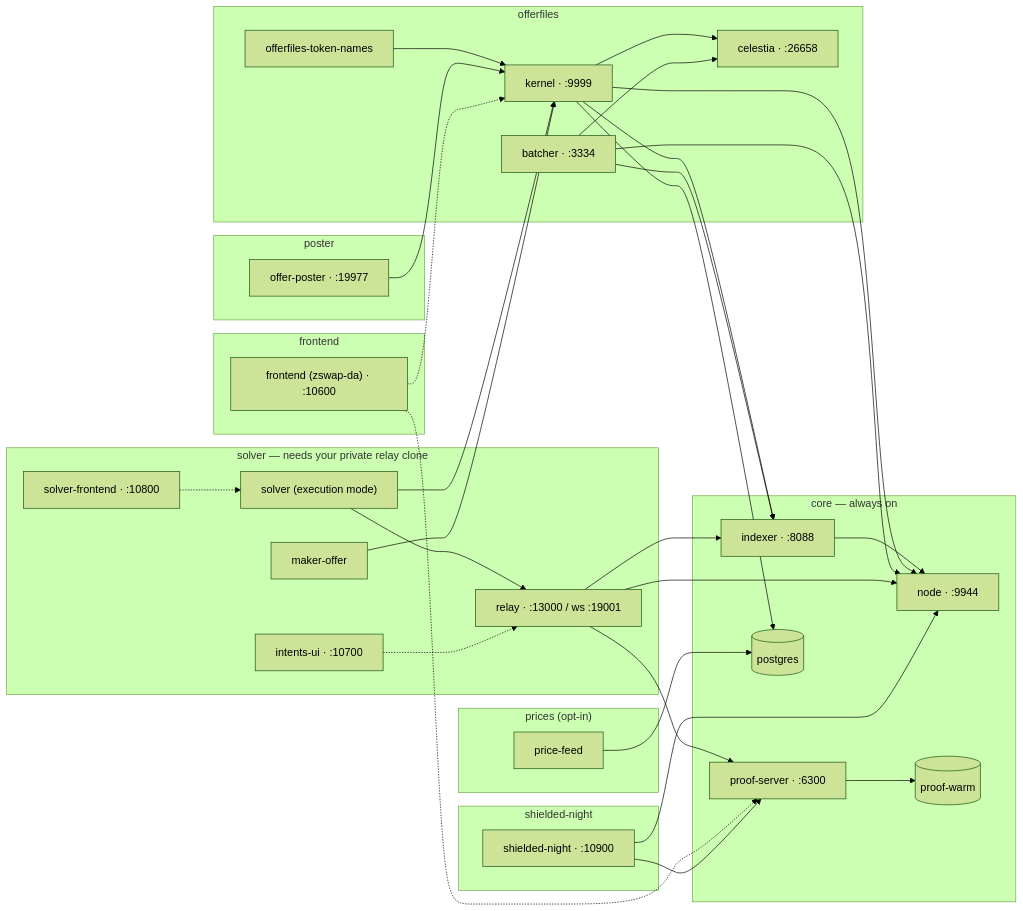
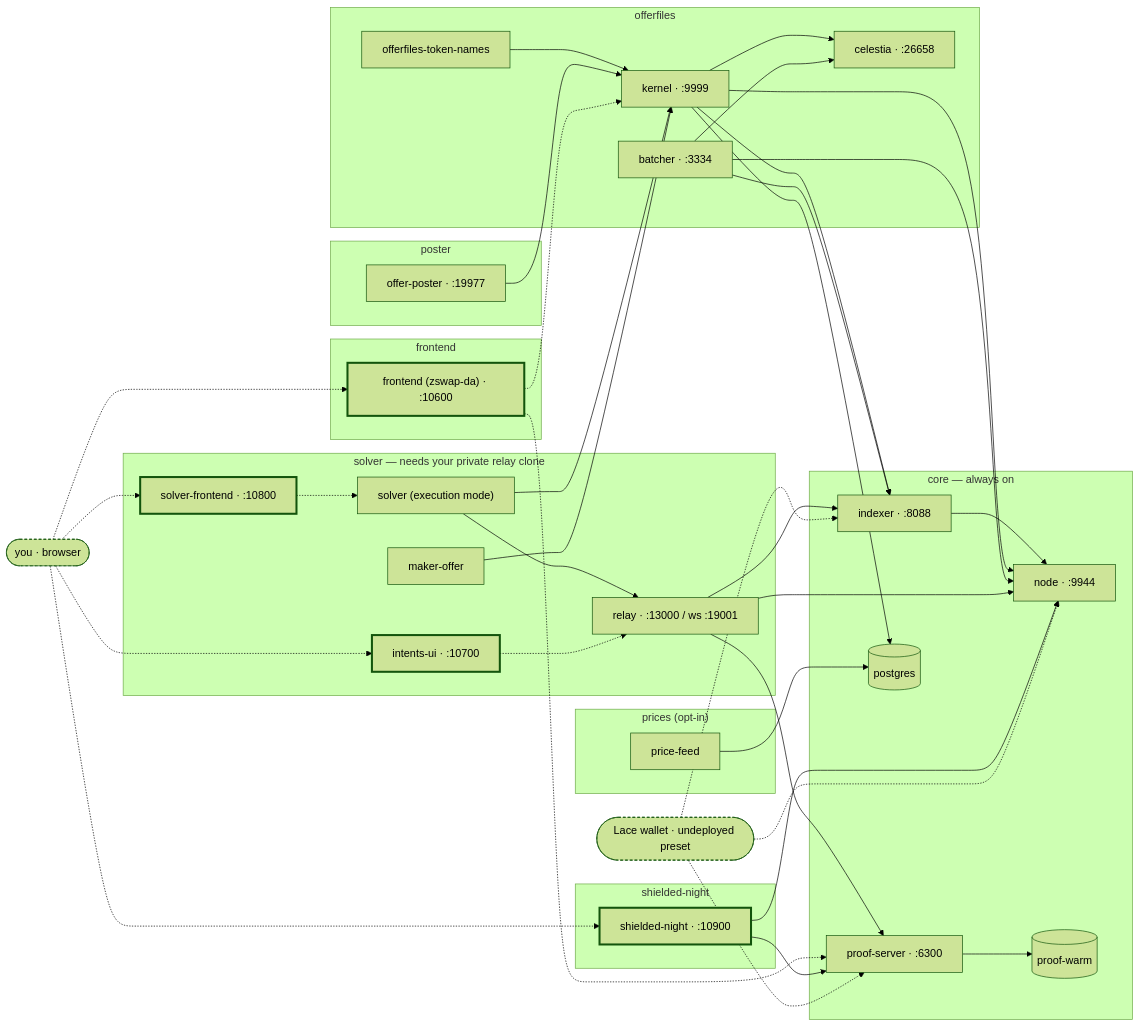
The diagram in README.md (acedward/midnight-1-offers), drawn with Mermaid (forest theme) before and after one commit. The commit also changed other lines of this file and 3 other files, not shown here.

````diff
--- a/README.md
+++ b/README.md
@@ -54,50 +80,58 @@
 ```mermaid
 flowchart LR
+  you(["you · browser"])
+  lace(["Lace wallet · undeployed preset"])
   subgraph core["core — always on"]
     node["node · :9944"]
     indexer["indexer · :8088"]
     proof["proof-server · :6300"]
     warm[("proof-warm")]
     pg[("postgres")]
   end
   subgraph offerfiles["offerfiles"]
     celestia["celestia · :26658"]
     kernel["kernel · :9999"]
     batcher["batcher · :3334"]
     names["offerfiles-token-names"]
   end
   subgraph solver["solver — needs your private relay clone"]
     relay["relay · :13000 / ws :19001"]
     cow["solver (execution mode)"]
     monitor["solver-frontend · :10800"]
     ui["intents-ui · :10700"]
     maker["maker-offer"]
   end
   subgraph poster["poster"]
     op["offer-poster · :19977"]
   end
   subgraph prices["prices (opt-in)"]
     feed["price-feed"]
   end
   subgraph frontend["frontend"]
     spa["frontend (zswap-da) · :10600"]
   end
   subgraph sn["shielded-night"]
     sndapp["shielded-night · :10900"]
   end
 
   indexer --> node
   proof --> warm
   kernel --> celestia & pg & node & indexer
   batcher --> celestia & node & indexer
   names --> kernel
   relay --> node & indexer & proof
   cow --> kernel & relay
   maker --> kernel
   monitor -.-> cow
   ui -.-> relay
   op --> kernel
   feed --> pg
   spa -.-> kernel & proof
   sndapp --> node & proof
+  you -.-> ui & monitor & spa & sndapp
+  lace -.-> node & indexer & proof
+  classDef web stroke-width:3px
+  classDef actor stroke-dasharray:4 3
+  class ui,monitor,spa,sndapp web
+  class you,lace actor
 ```
````
